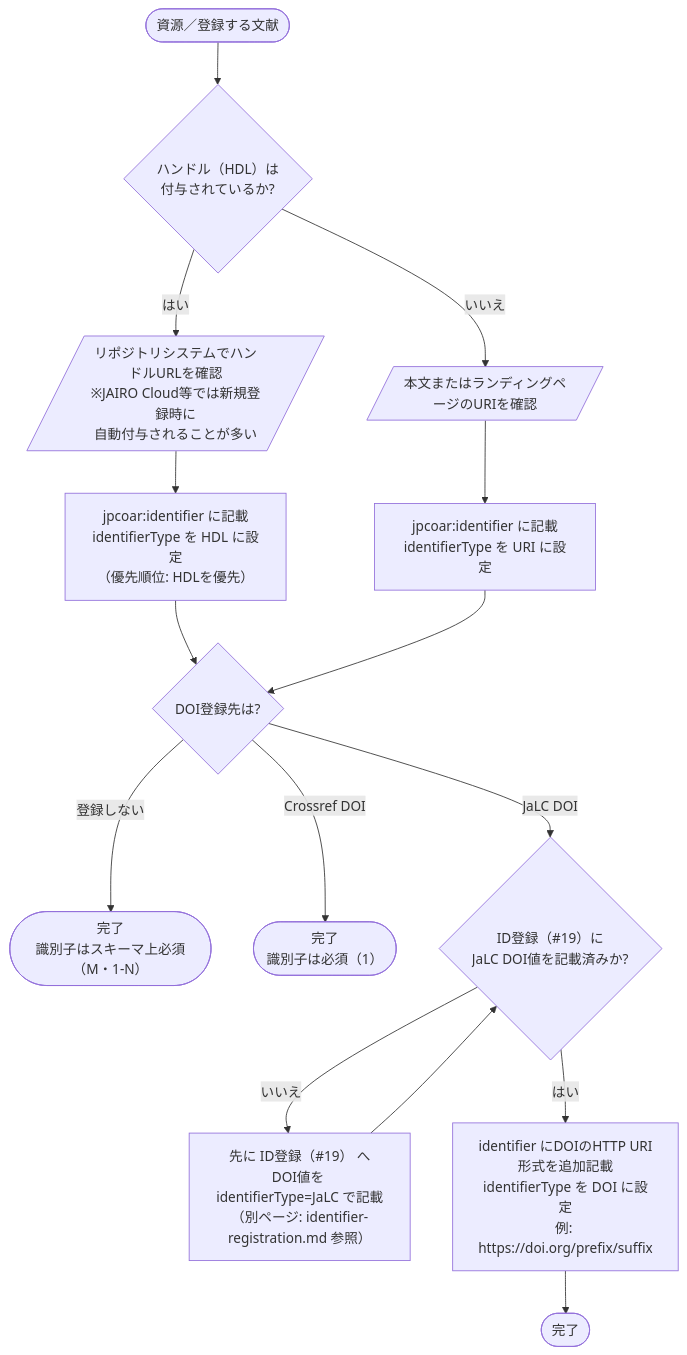
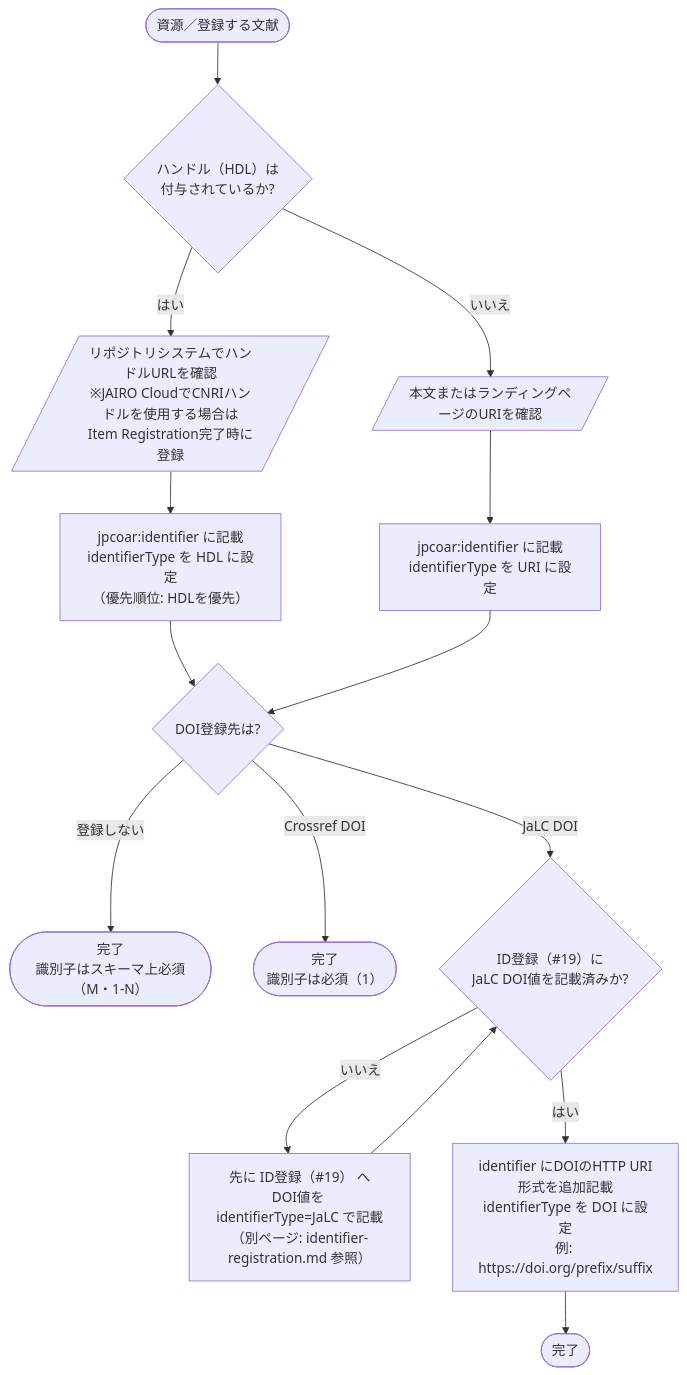
Before and after one commit to tzhaya/jpcoarschema-helper: the diagram in decision-trees/identifier.md, drawn with Mermaid. The commit also changed other lines of this file and 1 other file, not shown here.

````diff
--- a/decision-trees/identifier.md
+++ b/decision-trees/identifier.md
@@ -51,22 +51,22 @@
 ```mermaid
 flowchart TD
     R([資源／登録する文献]) --> D0{ハンドル（HDL）は<br/>付与されているか?}
 
-    D0 -- はい --> A0[/リポジトリシステムでハンドルURLを確認<br/>※JAIRO Cloud等では新規登録時に<br/>自動付与されることが多い/]
+    D0 -- はい --> A0[/リポジトリシステムでハンドルURLを確認<br/>※JAIRO CloudでCNRIハンドルを使用する場合は<br/>Item Registration完了時に登録/]
     A0 --> P1["jpcoar:identifier に記載<br/>identifierType を HDL に設定<br/>（優先順位: HDLを優先）"]
 
     D0 -- いいえ --> A1[/本文またはランディングページのURIを確認/]
     A1 --> P2["jpcoar:identifier に記載<br/>identifierType を URI に設定"]
 
     P1 --> Q1{DOI登録先は?}
     P2 --> Q1
 
     Q1 -- 登録しない --> END1(["完了<br/>識別子はスキーマ上必須（M・1-N）"])
     Q1 -- Crossref DOI --> END2(["完了<br/>識別子は必須（1）"])
     Q1 -- JaLC DOI --> D1{ID登録（#19）に<br/>JaLC DOI値を記載済みか?}
 
     D1 -- いいえ --> A2["先に ID登録（#19） へ<br/>DOI値を identifierType=JaLC で記載<br/>（別ページ: identifier-registration.md 参照）"]
     A2 --> D1
     D1 -- はい --> P3["identifier にDOIのHTTP URI形式を追加記載<br/>identifierType を DOI に設定<br/>例: https://doi.org/prefix/suffix"]
     P3 --> END3([完了])
 ```
````
